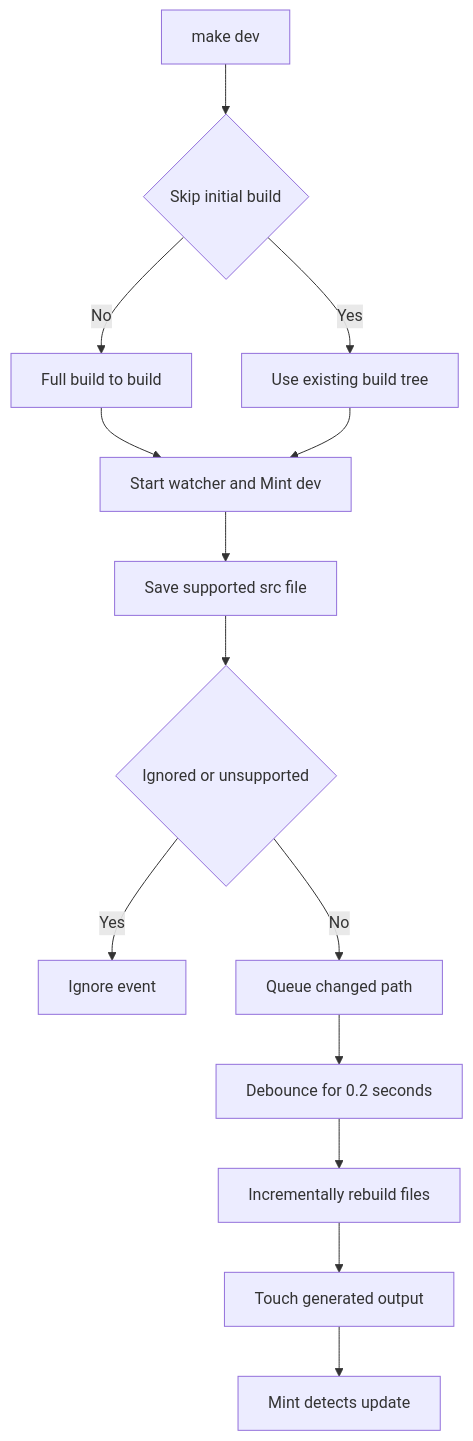
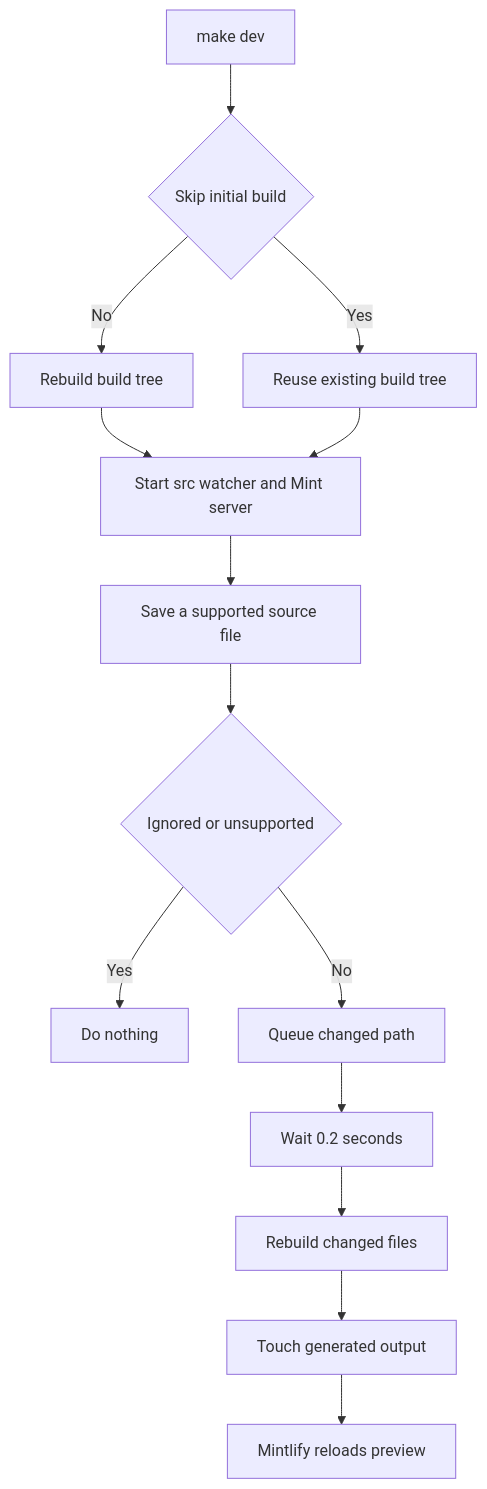
One commit to rishi-raj-jain/docs-1 changed the diagram in openwiki/workflows/local-development.md. Above: the diagram before and after it, drawn with Mermaid. The commit also changed other lines of this file and 53 other files, not shown here.

````diff
--- a/openwiki/workflows/local-development.md
+++ b/openwiki/workflows/local-development.md
@@ -96,16 +92,16 @@
 ```mermaid
 flowchart TD
-  Start["make dev"] --> Decide{"Skip initial build"}
-  Decide -->|"No"| Full["Full build to build"]
-  Decide -->|"Yes"| Existing["Use existing build tree"]
-  Full --> Services["Start watcher and Mint dev"]
+  Start["make dev"] --> Decision{"Skip initial build"}
+  Decision -->|"No"| Full["Rebuild build tree"]
+  Decision -->|"Yes"| Existing["Reuse existing build tree"]
+  Full --> Services["Start src watcher and Mint server"]
   Existing --> Services
-  Services --> Edit["Save supported src file"]
-  Edit --> Filter{"Ignored or unsupported"}
-  Filter -->|"Yes"| Ignore["Ignore event"]
+  Services --> Save["Save a supported source file"]
+  Save --> Filter{"Ignored or unsupported"}
+  Filter -->|"Yes"| Ignore["Do nothing"]
   Filter -->|"No"| Queue["Queue changed path"]
-  Queue --> Delay["Debounce for 0.2 seconds"]
-  Delay --> Rebuild["Incrementally rebuild files"]
-  Rebuild --> Touch["Touch generated output"]
-  Touch --> Preview["Mint detects update"]
+  Queue --> Debounce["Wait 0.2 seconds"]
+  Debounce --> Incremental["Rebuild changed files"]
+  Incremental --> Touch["Touch generated output"]
+  Touch --> Reload["Mintlify reloads preview"]
 ```
````
